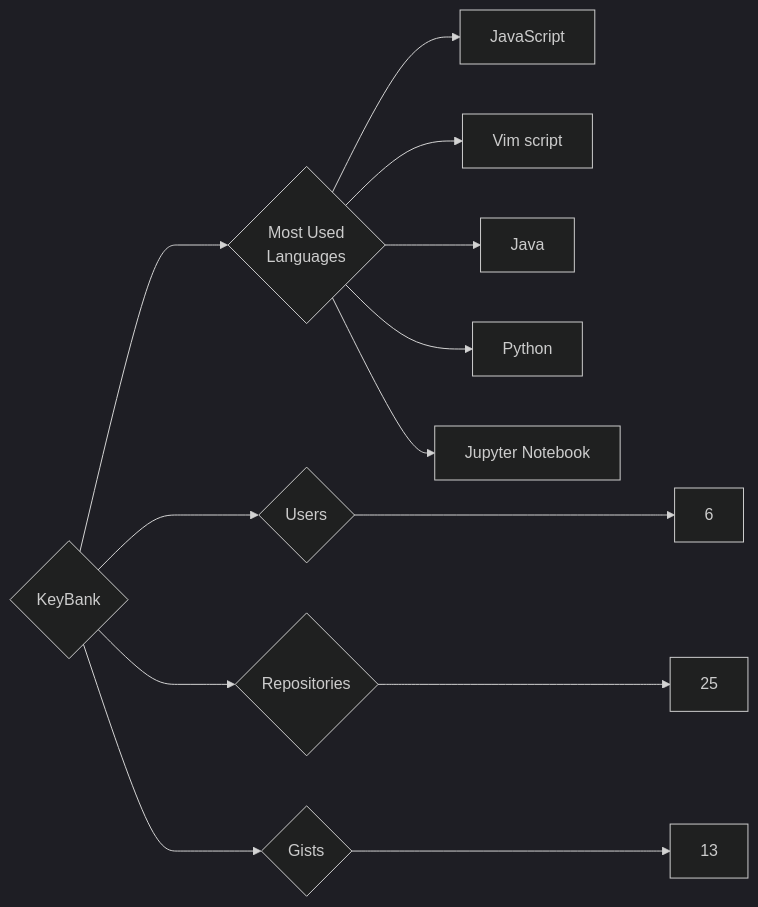
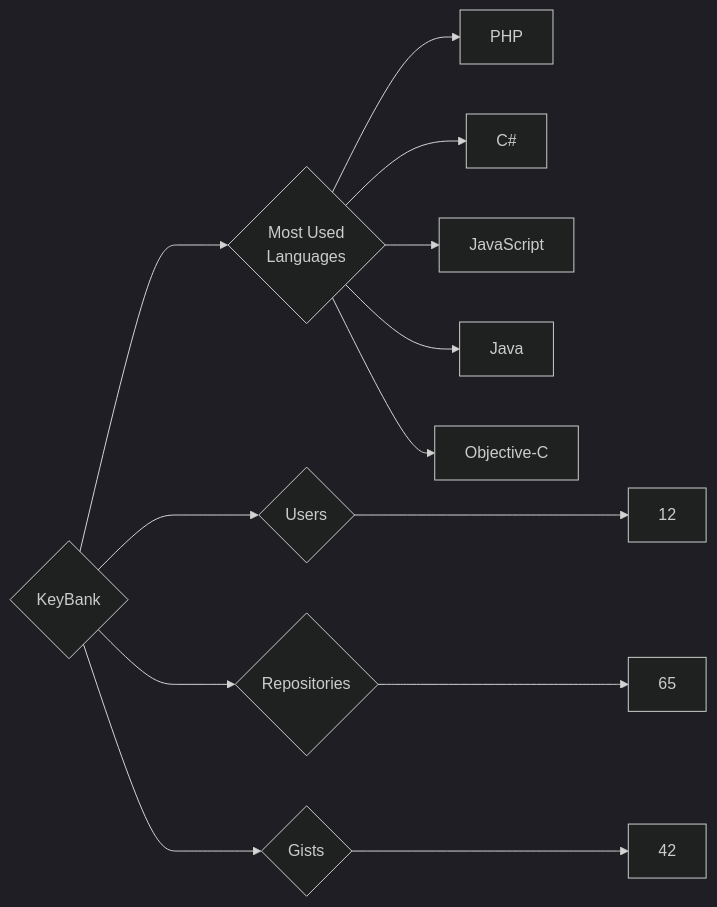
One commit to trickest/insiders changed the diagram in targets/KeyBank/README.md. Above: the diagram before and after it, drawn with Mermaid (dark theme). The commit also changed 826 other files, not shown here.

````diff
--- a/targets/KeyBank/README.md
+++ b/targets/KeyBank/README.md
@@ -3,13 +3,13 @@
 ```mermaid
 graph LR
 COMPANY_NAME{KeyBank}
-COMPANY_NAME ---> U{Users} ---> UN[6]
-COMPANY_NAME ---> R{Repositories} ---> RN[25]
-COMPANY_NAME ---> G{Gists} ---> GN[13]
+COMPANY_NAME ---> U{Users} ---> UN[12]
+COMPANY_NAME ---> R{Repositories} ---> RN[65]
+COMPANY_NAME ---> G{Gists} ---> GN[42]
 COMPANY_NAME ---> ML{Most Used<br>Languages}
+ML --> PHP[PHP]
+ML --> C#[C#]
 ML --> JavaScript[JavaScript]
-ML --> Vim_script[Vim script]
 ML --> Java[Java]
-ML --> Python[Python]
-ML --> Jupyter_Notebook[Jupyter Notebook]
+ML --> Objective-C[Objective-C]
 ```
````
